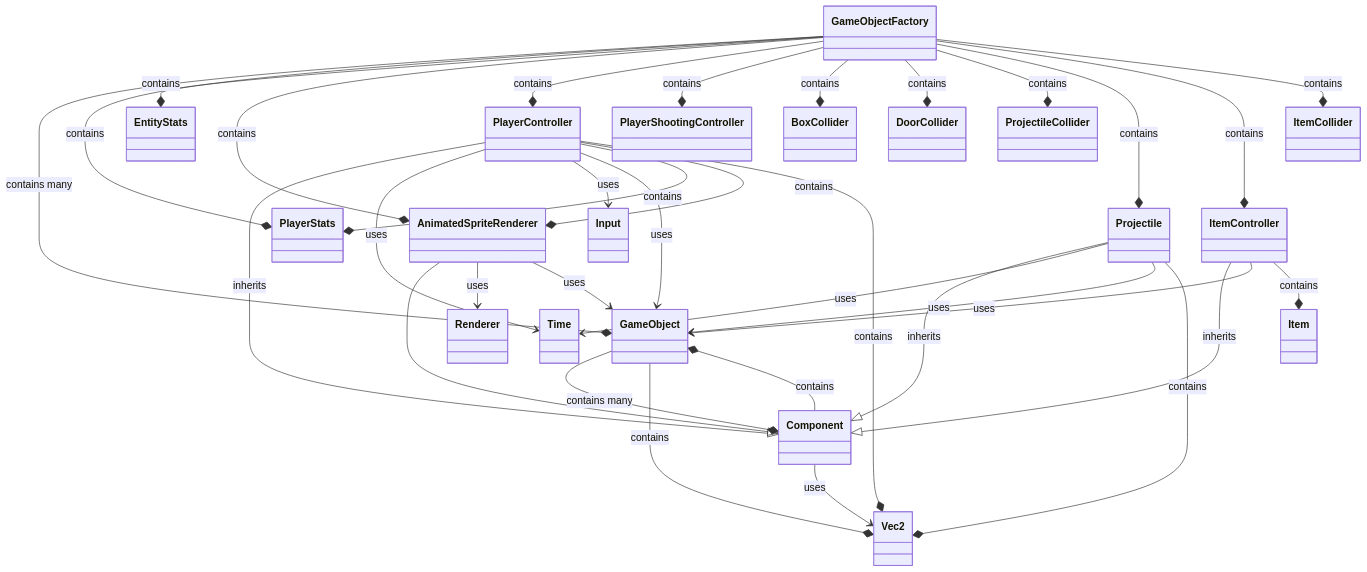
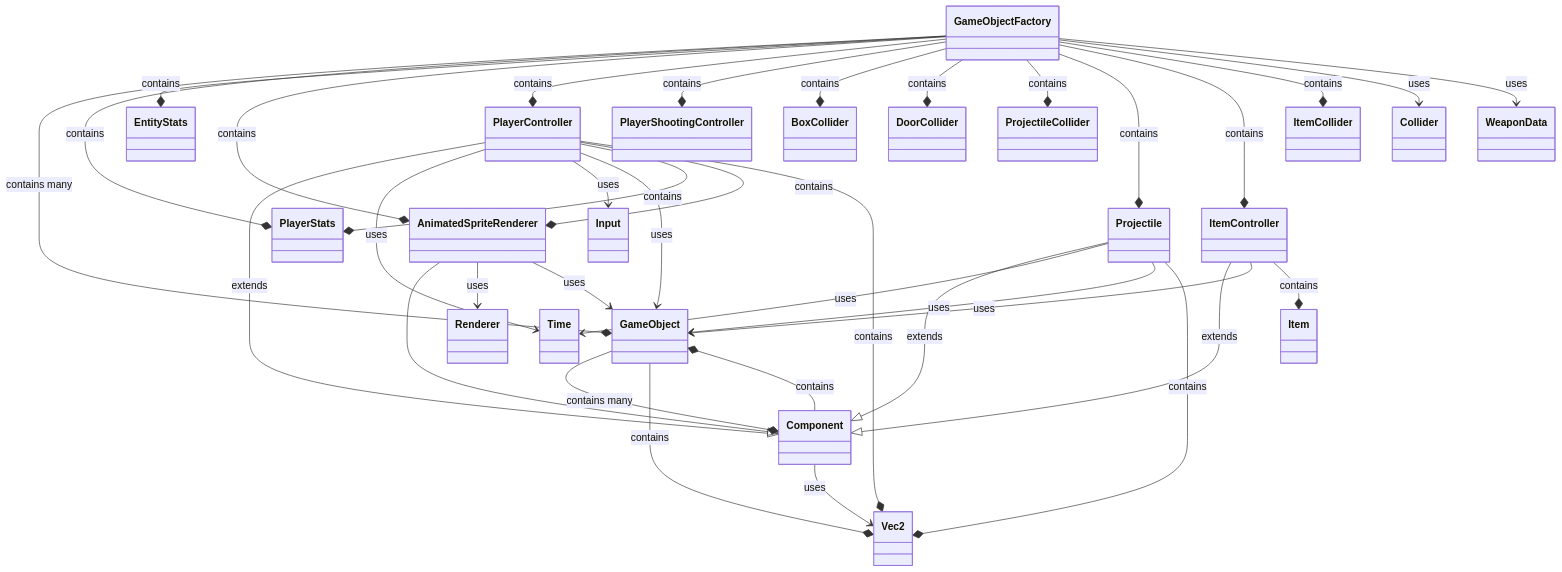
Before and after one commit to Rimaro03/docs-exam-slayer: the sixth of 10 diagrams in docs/design/class_diagrams.md, drawn with Mermaid. The commit also changed other lines of this file, not shown here.

Commit message:
finished class diagram links

````diff
--- a/docs/design/class_diagrams.md
+++ b/docs/design/class_diagrams.md
@@ -116,43 +119,45 @@
 ```mermaid
 classDiagram
   GameObject --* Component: contains many
   GameObject --* Vec2: contains
 
   GameObjectFactory --* GameObject: contains many
   GameObjectFactory --* PlayerStats: contains
   GameObjectFactory --* EntityStats: contains
   GameObjectFactory --* AnimatedSpriteRenderer: contains
   GameObjectFactory --* PlayerController: contains
   GameObjectFactory --* PlayerShootingController: contains
   GameObjectFactory --* BoxCollider: contains
   GameObjectFactory --* DoorCollider: contains
   GameObjectFactory --* ProjectileCollider: contains
   GameObjectFactory --* Projectile: contains
   GameObjectFactory --* ItemController: contains
   GameObjectFactory --* ItemCollider: contains
+  GameObjectFactory --> Collider: uses
+  GameObjectFactory --> WeaponData: uses
 
   Component --* GameObject: contains
   Component --> Vec2: uses
 
-  ItemController --|> Component: inherits
+  ItemController --|> Component: extends
   ItemController --> GameObject: uses
   ItemController --* Item: contains
 
-  PlayerController --|> Component: inherits
+  PlayerController --|> Component: extends
   PlayerController --> Time: uses
   PlayerController --> Input: uses
   PlayerController --> GameObject: uses
   PlayerController --* PlayerStats: contains
   PlayerController --* AnimatedSpriteRenderer: contains
   PlayerController --* Vec2: contains
 
-  Projectile --|> Component: inherits
+  Projectile --|> Component: extends
   Projectile --> Time: uses
   Projectile --> GameObject: uses
   Projectile --* Vec2: contains
 
   AnimatedSpriteRenderer --|> Component
   AnimatedSpriteRenderer --> Renderer: uses
   AnimatedSpriteRenderer --> GameObject: uses
 
 ```
````
